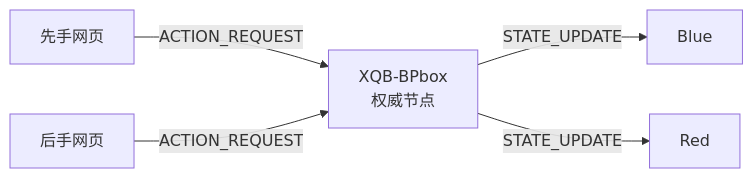
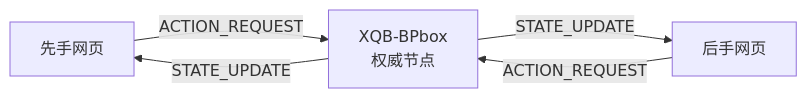
The first of 4 diagrams in XBQ-BPweb/WEB_GUIDE.md (1150664753/XQB-BPbox), drawn with Mermaid before and after one commit. The commit also changed other lines of this file and 21 other files, not shown here.

````diff
--- a/XBQ-BPweb/WEB_GUIDE.md
+++ b/XBQ-BPweb/WEB_GUIDE.md
@@ -116,7 +117,7 @@
 ```mermaid
 flowchart LR
   First[先手网页] -->|ACTION_REQUEST| Host[XQB-BPbox\n权威节点]
-  Host -->|STATE_UPDATE| Blue
+  Host -->|STATE_UPDATE| First
   Second[后手网页] -->|ACTION_REQUEST| Host
-  Host -->|STATE_UPDATE| Red
+  Host -->|STATE_UPDATE| Second
 ```
````
